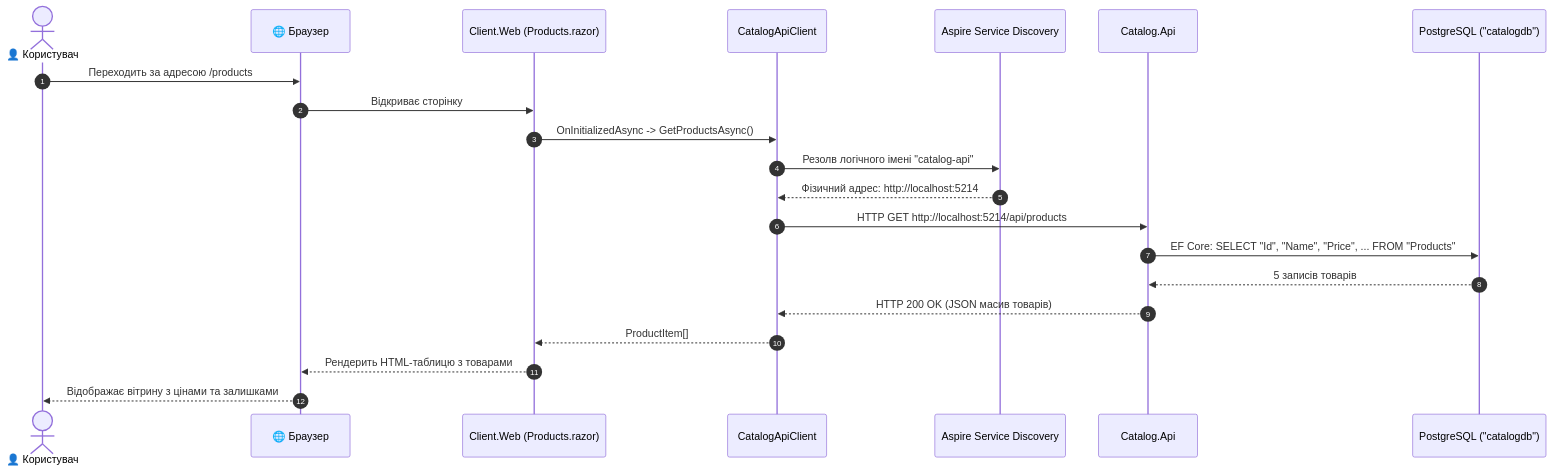
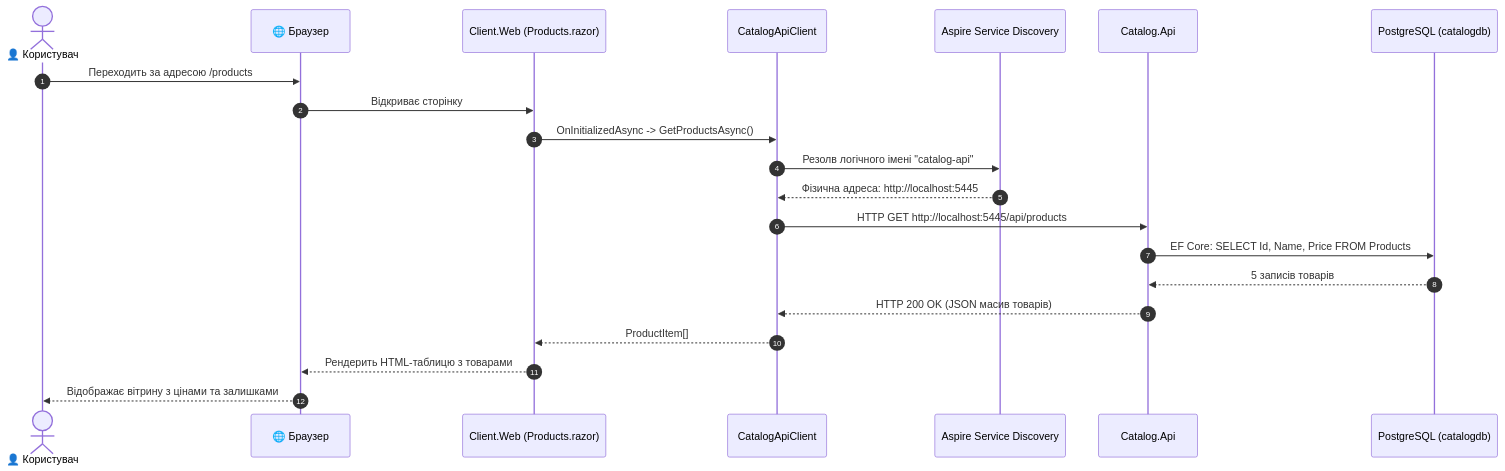
Before and after one commit to MrTomkaYurii/Microservices-Aspire-Mastery: the third of 3 diagrams in 01-Aspire-Fundamentals-And-DbMigrations/STRUCTURE-AND-DATA-FLOW.md, drawn with Mermaid. The commit also changed other lines of this file and 49 other files, not shown here.

````diff
--- a/01-Aspire-Fundamentals-And-DbMigrations/STRUCTURE-AND-DATA-FLOW.md
+++ b/01-Aspire-Fundamentals-And-DbMigrations/STRUCTURE-AND-DATA-FLOW.md
@@ -146,24 +148,24 @@
 ```mermaid
 sequenceDiagram
     autonumber
     actor User as 👤 Користувач
     participant Browser as 🌐 Браузер
     participant Blazor as Client.Web (Products.razor)
     participant Client as CatalogApiClient
     participant SD as Aspire Service Discovery
     participant API as Catalog.Api
-    participant DB as PostgreSQL ("catalogdb")
+    participant DB as PostgreSQL (catalogdb)
 
     User->>Browser: Переходить за адресою /products
     Browser->>Blazor: Відкриває сторінку
     Blazor->>Client: OnInitializedAsync -> GetProductsAsync()
     Client->>SD: Резолв логічного імені "catalog-api"
-    SD-->>Client: Фізичний адрес: http://localhost:5214
-    Client->>API: HTTP GET http://localhost:5214/api/products
-    API->>DB: EF Core: SELECT "Id", "Name", "Price", ... FROM "Products"
+    SD-->>Client: Фізична адреса: http://localhost:5445
+    Client->>API: HTTP GET http://localhost:5445/api/products
+    API->>DB: EF Core: SELECT Id, Name, Price FROM Products
     DB-->>API: 5 записів товарів
     API-->>Client: HTTP 200 OK (JSON масив товарів)
     Client-->>Blazor: ProductItem[]
     Blazor-->>Browser: Рендерить HTML-таблицю з товарами
     Browser-->>User: Відображає вітрину з цінами та залишками
 ```
````
